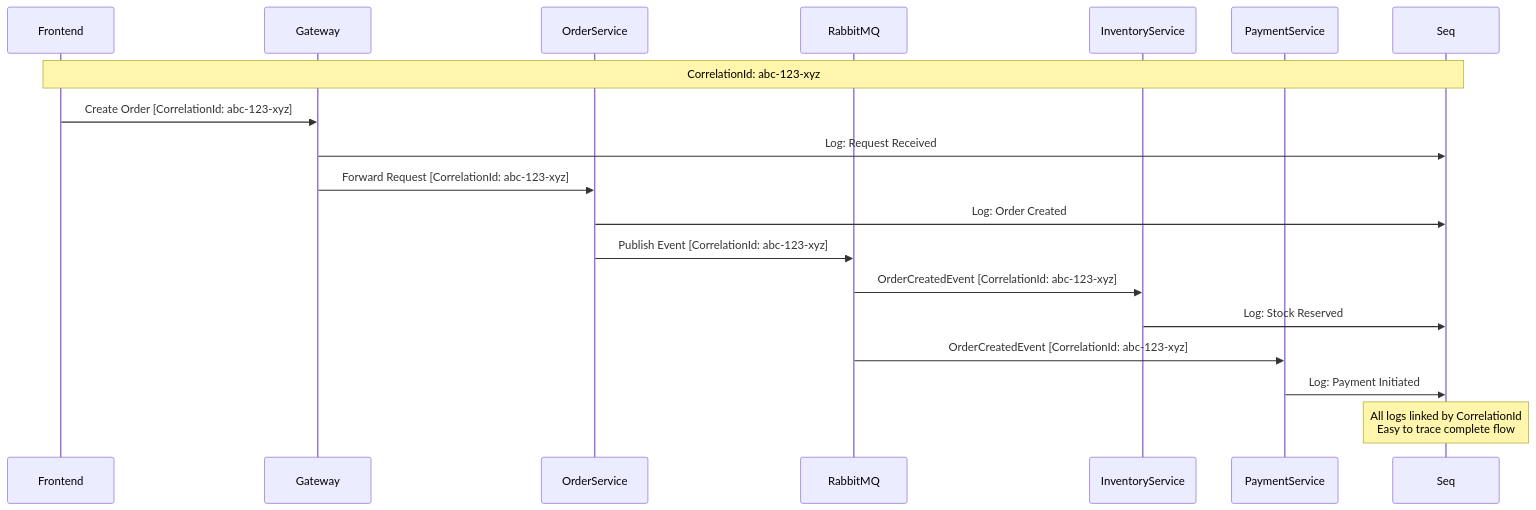
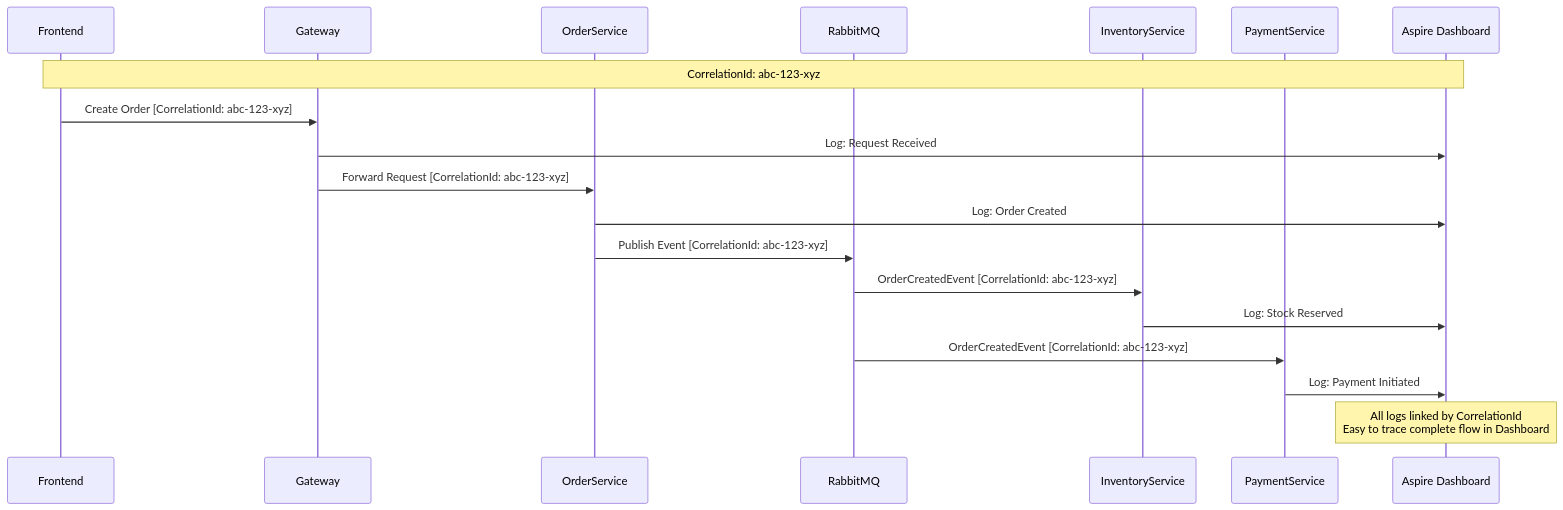
Diagram 15 of 15 in docs/Architecture-Diagrams.md (joriente/microservices), drawn with Mermaid before and after one commit. The commit also changed other lines of this file and 12 other files, not shown here.

````diff
--- a/docs/Architecture-Diagrams.md
+++ b/docs/Architecture-Diagrams.md
@@ -676,26 +667,26 @@
 ```mermaid
 sequenceDiagram
     participant Frontend
     participant Gateway
     participant OrderService
     participant RabbitMQ
     participant InventoryService
     participant PaymentService
-    participant Seq
+    participant Aspire as Aspire Dashboard
     
-    Note over Frontend,Seq: CorrelationId: abc-123-xyz
+    Note over Frontend,Aspire: CorrelationId: abc-123-xyz
     
     Frontend->>Gateway: Create Order [CorrelationId: abc-123-xyz]
-    Gateway->>Seq: Log: Request Received
+    Gateway->>Aspire: Log: Request Received
     Gateway->>OrderService: Forward Request [CorrelationId: abc-123-xyz]
-    OrderService->>Seq: Log: Order Created
+    OrderService->>Aspire: Log: Order Created
     OrderService->>RabbitMQ: Publish Event [CorrelationId: abc-123-xyz]
     
     RabbitMQ->>InventoryService: OrderCreatedEvent [CorrelationId: abc-123-xyz]
-    InventoryService->>Seq: Log: Stock Reserved
+    InventoryService->>Aspire: Log: Stock Reserved
     
     RabbitMQ->>PaymentService: OrderCreatedEvent [CorrelationId: abc-123-xyz]
-    PaymentService->>Seq: Log: Payment Initiated
+    PaymentService->>Aspire: Log: Payment Initiated
     
-    Note over Seq: All logs linked by CorrelationId<br/>Easy to trace complete flow
+    Note over Aspire: All logs linked by CorrelationId<br/>Easy to trace complete flow in Dashboard
 ```
````
